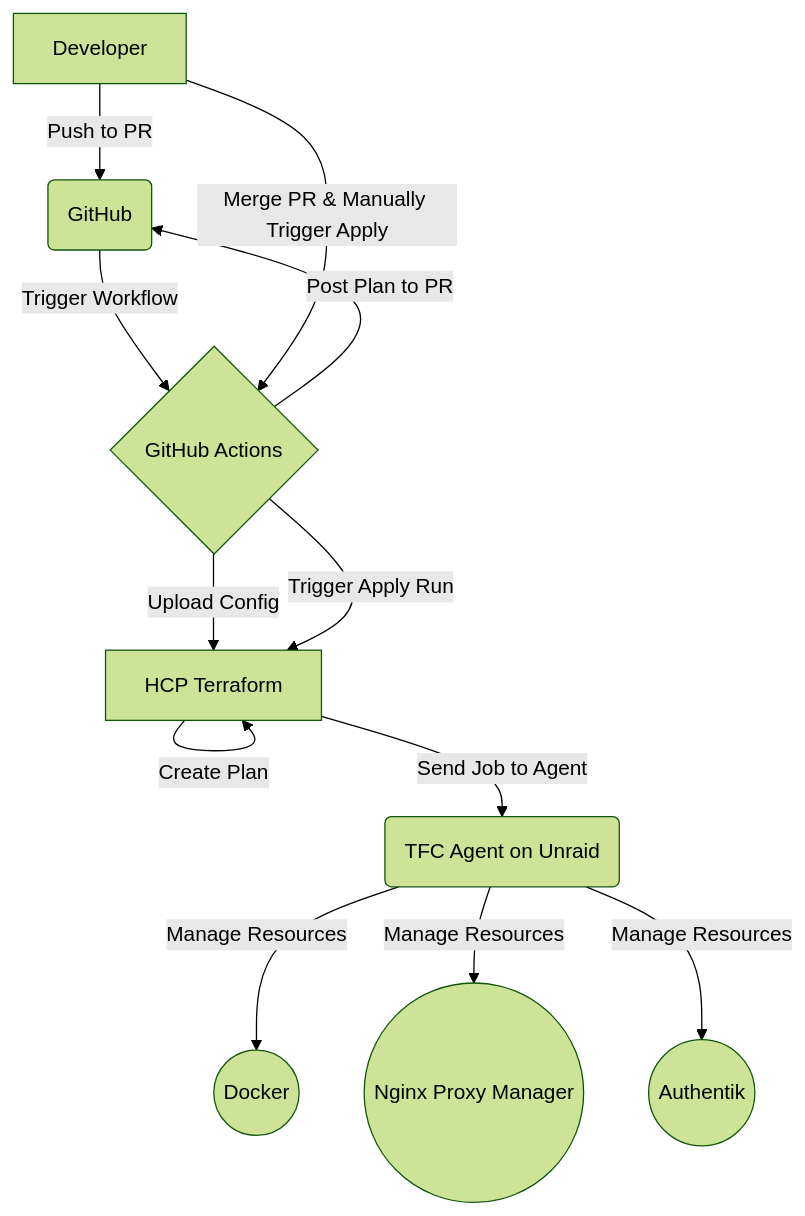
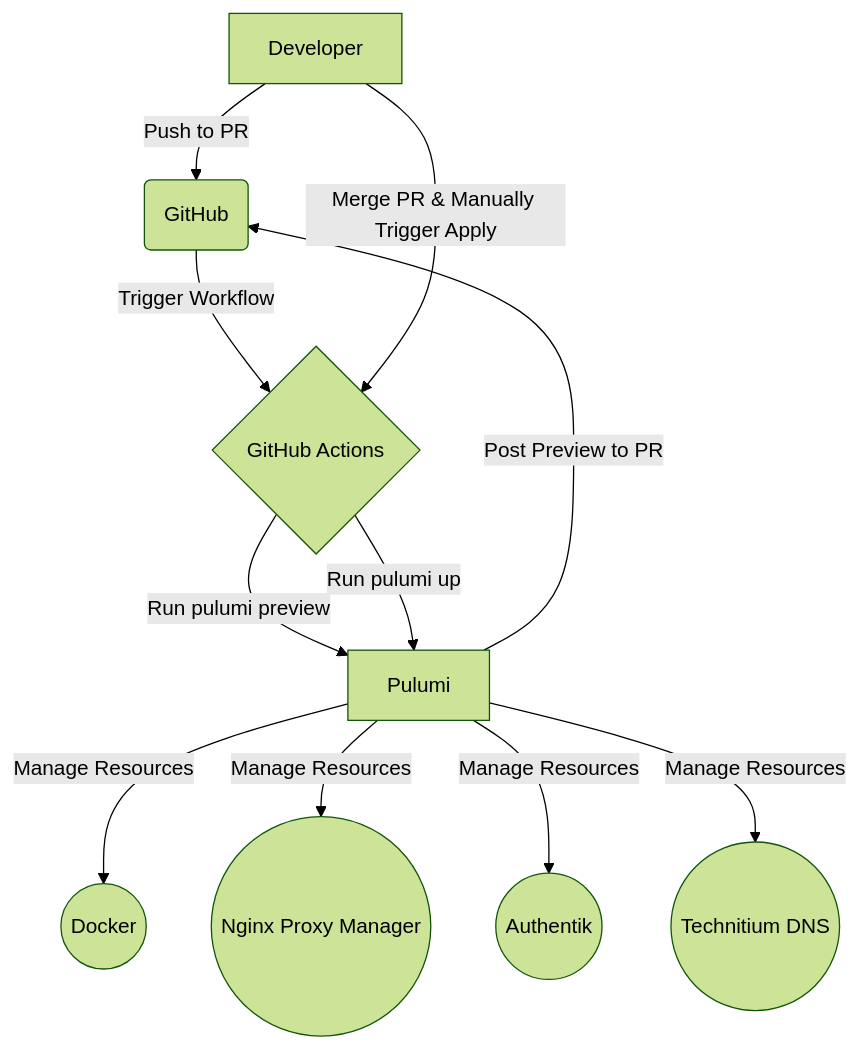
Before and after one commit to DCCoder90/home-net: the diagram in ReadMe.md, drawn with Mermaid (forest theme). The commit also changed other lines of this file and 86 other files, not shown here.

````diff
--- a/ReadMe.md
+++ b/ReadMe.md
@@ -27,14 +27,13 @@
 ```mermaid
 graph TD
     A[Developer] -- Push to PR --> B(GitHub);
     B -- Trigger Workflow --> C{GitHub Actions};
-    C -- Upload Config --> D[HCP Terraform];
-    D -- Create Plan --> D;
-    C -- Post Plan to PR --> B;
+    C -- Run pulumi preview --> D[Pulumi];
+    D -- Post Preview to PR --> B;
     A -- Merge PR & Manually Trigger Apply --> C;
-    C -- Trigger Apply Run --> D;
-    D -- Send Job to Agent --> E(TFC Agent on Unraid);
-    E -- Manage Resources --> F((Docker));
-    E -- Manage Resources --> G((Nginx Proxy Manager));
-    E -- Manage Resources --> H((Authentik));
+    C -- Run pulumi up --> D;
+    D -- Manage Resources --> F((Docker));
+    D -- Manage Resources --> G((Nginx Proxy Manager));
+    D -- Manage Resources --> H((Authentik));
+    D -- Manage Resources --> I((Technitium DNS));
 ```
````
